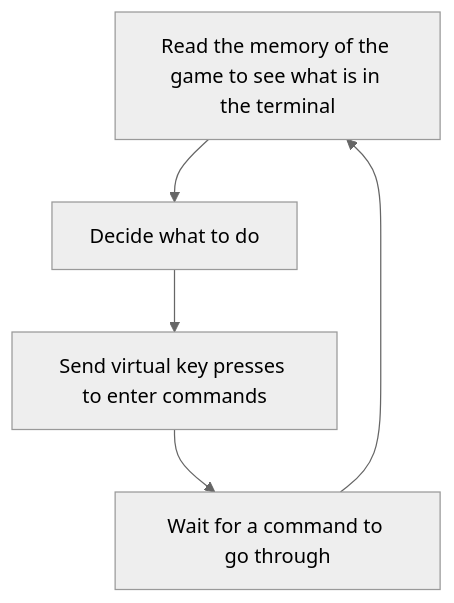
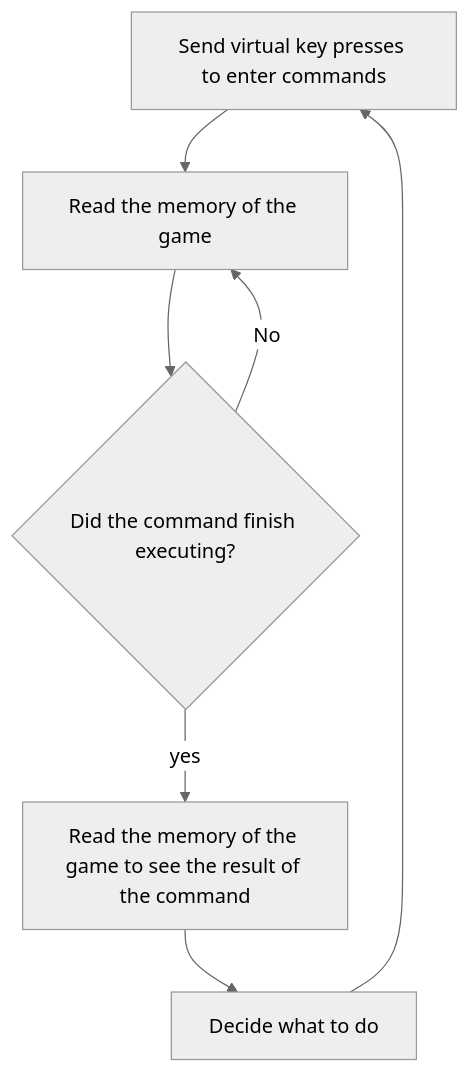
The diagram in vitepress/docs/problem.md (CakeEaterGames/hacked_mud), drawn with Mermaid (neutral theme) before and after one commit.

Commit message:
tweak the diagram

````diff
--- a/vitepress/docs/problem.md
+++ b/vitepress/docs/problem.md
@@ -44,9 +44,14 @@
 ```mermaid
 flowchart TD
 
-read[Read the memory of the game to see what is in the terminal]
+send[Send virtual key presses to enter commands]
+-->read1[Read the memory of the game]
+-->state1{Did the command finish executing?}
+
+state1-->|No|read1
+state1-->|yes|read
+
+read[Read the memory of the game to see the result of the command]
 -->analyze[Decide what to do]
--->send[Send virtual key presses to enter commands]
--->wait[Wait for a command to go through]
--->read
+-->send
 ```
````
